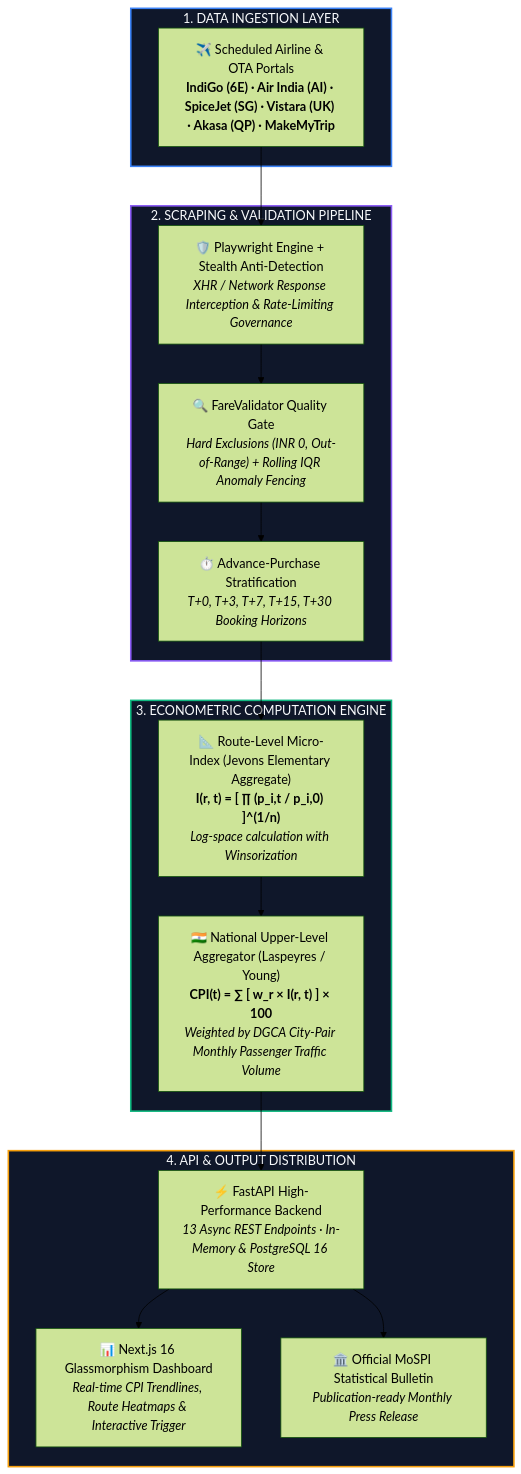
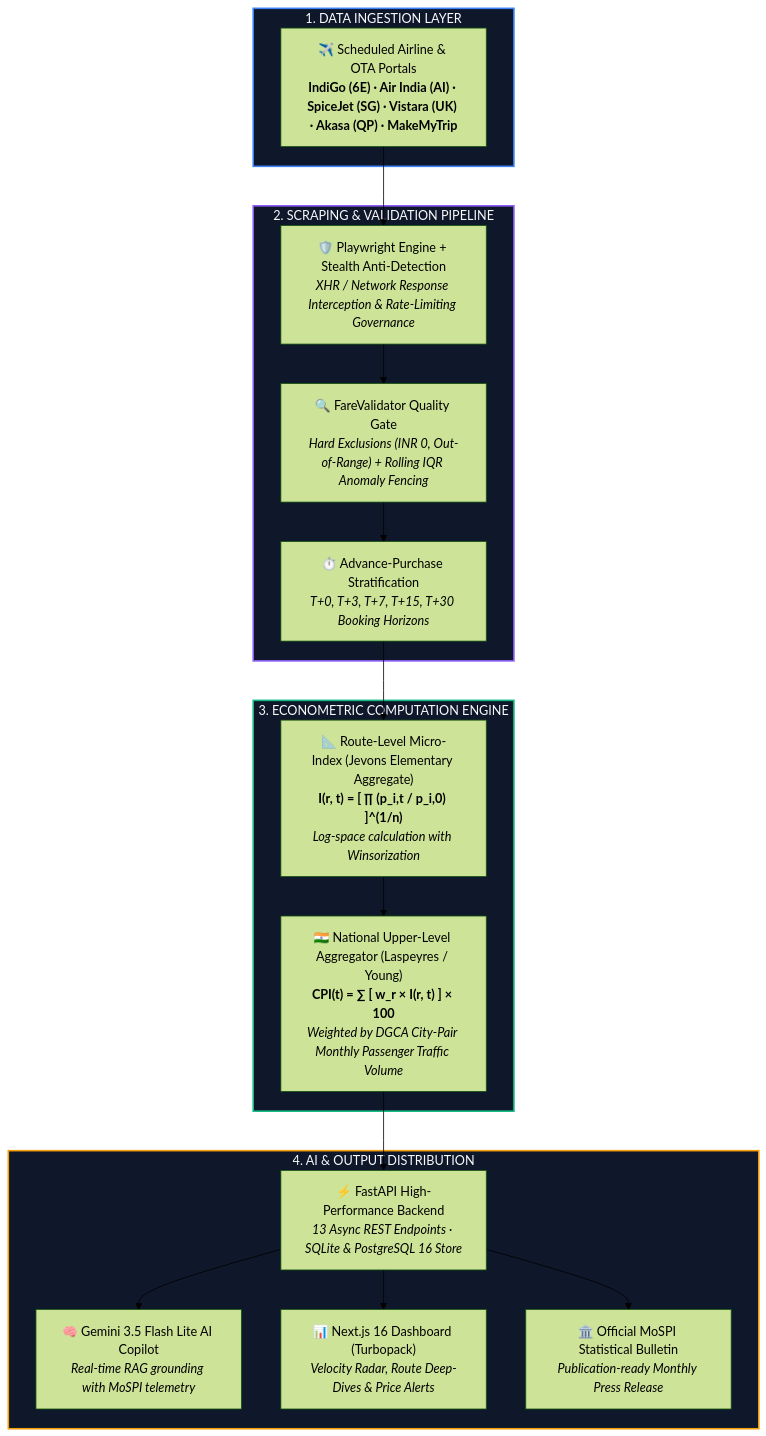
The diagram in README.md (satiricalguru/Airfare-CPI), drawn with Mermaid (forest theme) before and after one commit. The commit also changed other lines of this file, not shown here.

Commit message:
docs(readme): elevate README to latest standards with Gemini 3.5 Flash Lite, Velocity Radar, Price Alerts Engine, and Route Intelligence Suite

````diff
--- a/README.md
+++ b/README.md
@@ -39,37 +69,39 @@
 ```mermaid
 flowchart TD
     subgraph S1["1. DATA INGESTION LAYER"]
         A["✈️ Scheduled Airline & OTA Portals<br/><b>IndiGo (6E) · Air India (AI) · SpiceJet (SG) · Vistara (UK) · Akasa (QP) · MakeMyTrip</b>"]
     end
 
     subgraph S2["2. SCRAPING & VALIDATION PIPELINE"]
         B1["🛡️ Playwright Engine + Stealth Anti-Detection<br/><i>XHR / Network Response Interception & Rate-Limiting Governance</i>"]
         B2["🔍 FareValidator Quality Gate<br/><i>Hard Exclusions (INR 0, Out-of-Range) + Rolling IQR Anomaly Fencing</i>"]
         B3["⏱️ Advance-Purchase Stratification<br/><i>T+0, T+3, T+7, T+15, T+30 Booking Horizons</i>"]
     end
 
     subgraph S3["3. ECONOMETRIC COMPUTATION ENGINE"]
         C1["📐 Route-Level Micro-Index (Jevons Elementary Aggregate)<br/><b>I(r, t) = [ ∏ (p_i,t / p_i,0) ]^(1/n)</b><br/><i>Log-space calculation with Winsorization</i>"]
         C2["🇮🇳 National Upper-Level Aggregator (Laspeyres / Young)<br/><b>CPI(t) = ∑ [ w_r × I(r, t) ] × 100</b><br/><i>Weighted by DGCA City-Pair Monthly Passenger Traffic Volume</i>"]
     end
 
-    subgraph S4["4. API & OUTPUT DISTRIBUTION"]
-        D1["⚡ FastAPI High-Performance Backend<br/><i>13 Async REST Endpoints · In-Memory & PostgreSQL 16 Store</i>"]
-        D2["📊 Next.js 16 Glassmorphism Dashboard<br/><i>Real-time CPI Trendlines, Route Heatmaps & Interactive Trigger</i>"]
-        D3["🏛️ Official MoSPI Statistical Bulletin<br/><i>Publication-ready Monthly Press Release</i>"]
+    subgraph S4["4. AI & OUTPUT DISTRIBUTION"]
+        D1["⚡ FastAPI High-Performance Backend<br/><i>13 Async REST Endpoints · SQLite & PostgreSQL 16 Store</i>"]
+        D2["🧠 Gemini 3.5 Flash Lite AI Copilot<br/><i>Real-time RAG grounding with MoSPI telemetry</i>"]
+        D3["📊 Next.js 16 Dashboard (Turbopack)<br/><i>Velocity Radar, Route Deep-Dives & Price Alerts</i>"]
+        D4["🏛️ Official MoSPI Statistical Bulletin<br/><i>Publication-ready Monthly Press Release</i>"]
     end
 
     A --> B1
     B1 --> B2
     B2 --> B3
     B3 --> C1
     C1 --> C2
     C2 --> D1
     D1 --> D2
     D1 --> D3
+    D1 --> D4
 
     style S1 fill:#0f172a,stroke:#3b82f6,stroke-width:2px,color:#f8fafc
     style S2 fill:#0f172a,stroke:#8b5cf6,stroke-width:2px,color:#f8fafc
     style S3 fill:#0f172a,stroke:#10b981,stroke-width:2px,color:#f8fafc
     style S4 fill:#0f172a,stroke:#f59e0b,stroke-width:2px,color:#f8fafc
 ```
````
